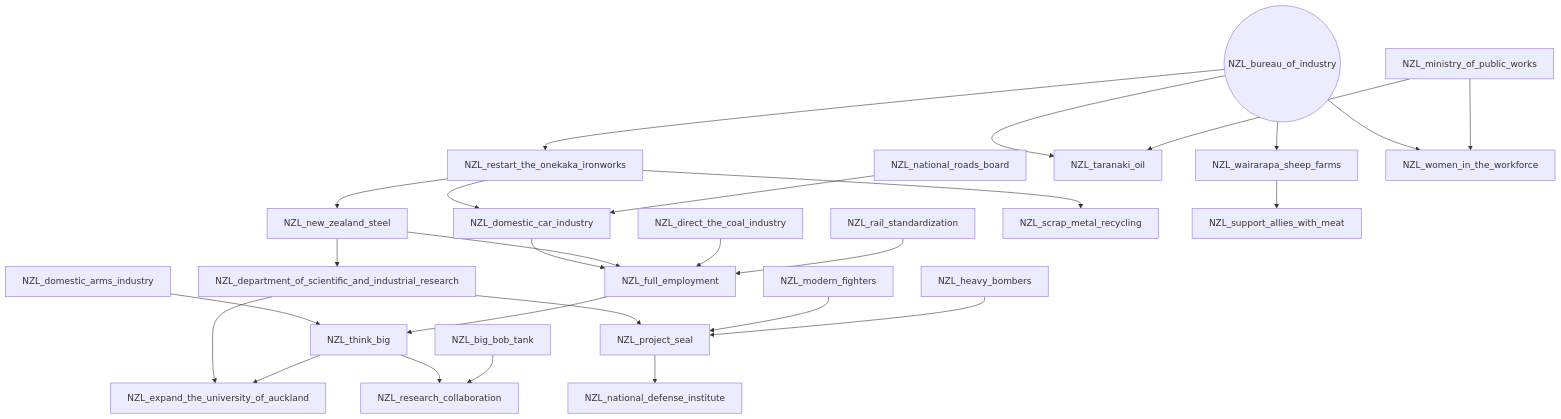
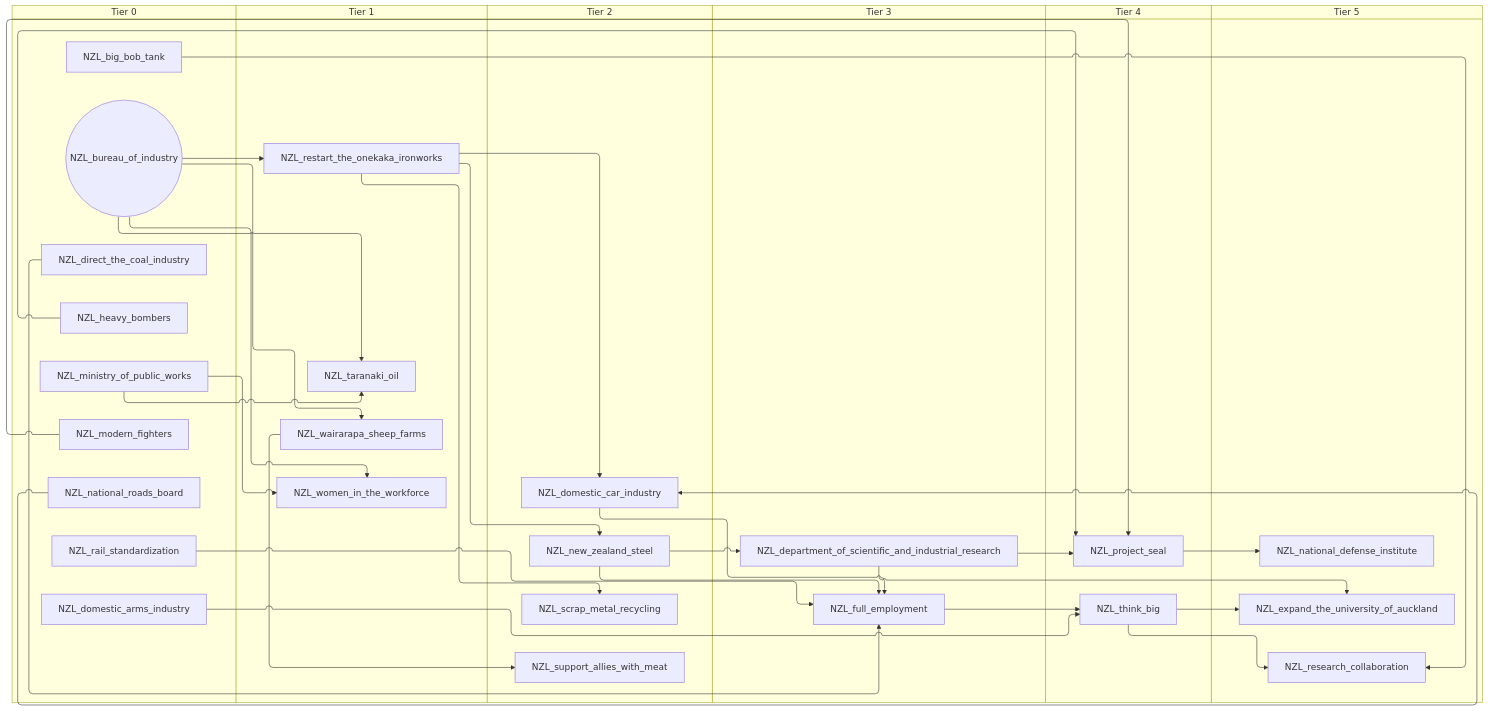
The second of 6 diagrams in docs/gdd/National Focuses/new_zealand.md (evgeny-sobol/hoi4-sandbox-mode), drawn with Mermaid before and after one commit. The commit also changed other lines of this file and 80 other files, not shown here.

First line of the commit message:
Add swimlane mode to focus graph exporter

````diff
--- a/docs/gdd/National Focuses/new_zealand.md
+++ b/docs/gdd/National Focuses/new_zealand.md
@@ -35,53 +47,65 @@
 ```mermaid
-flowchart TD
-    n3["NZL_big_bob_tank"]
-    n14(("NZL_bureau_of_industry"))
-    n6["NZL_department_of_scientific_and_industrial_research"]
-    n15["NZL_direct_the_coal_industry"]
-    n7["NZL_domestic_arms_industry"]
-    n16["NZL_domestic_car_industry"]
-    n8["NZL_expand_the_university_of_auckland"]
-    n9["NZL_full_employment"]
-    n17["NZL_heavy_bombers"]
-    n18["NZL_ministry_of_public_works"]
-    n19["NZL_modern_fighters"]
-    n20["NZL_national_defense_institute"]
-    n21["NZL_national_roads_board"]
-    n22["NZL_new_zealand_steel"]
-    n23["NZL_project_seal"]
-    n24["NZL_rail_standardization"]
-    n11["NZL_research_collaboration"]
-    n25["NZL_restart_the_onekaka_ironworks"]
-    n26["NZL_scrap_metal_recycling"]
-    n27["NZL_support_allies_with_meat"]
-    n28["NZL_taranaki_oil"]
-    n13["NZL_think_big"]
-    n29["NZL_wairarapa_sheep_farms"]
-    n30["NZL_women_in_the_workforce"]
-    n22 --> n6
-    n21 --> n16
-    n25 --> n16
-    n13 --> n8
-    n6 --> n8
-    n24 --> n9
-    n15 --> n9
-    n22 --> n9
-    n16 --> n9
-    n23 --> n20
-    n25 --> n22
-    n17 --> n23
-    n19 --> n23
-    n6 --> n23
-    n3 --> n11
-    n13 --> n11
-    n14 --> n25
-    n25 --> n26
-    n29 --> n27
-    n18 --> n28
-    n14 --> n28
-    n9 --> n13
-    n7 --> n13
-    n14 --> n29
-    n18 --> n30
-    n14 --> n30
+swimlane-beta TD
+    subgraph tier_0["Tier 0"]
+        n11["NZL_big_bob_tank"]
+        n14(("NZL_bureau_of_industry"))
+        n15["NZL_direct_the_coal_industry"]
+        n6["NZL_domestic_arms_industry"]
+        n16["NZL_heavy_bombers"]
+        n17["NZL_ministry_of_public_works"]
+        n18["NZL_modern_fighters"]
+        n19["NZL_national_roads_board"]
+        n20["NZL_rail_standardization"]
+    end
+    subgraph tier_1["Tier 1"]
+        n21["NZL_restart_the_onekaka_ironworks"]
+        n22["NZL_taranaki_oil"]
+        n23["NZL_wairarapa_sheep_farms"]
+        n24["NZL_women_in_the_workforce"]
+    end
+    subgraph tier_2["Tier 2"]
+        n25["NZL_domestic_car_industry"]
+        n26["NZL_new_zealand_steel"]
+        n27["NZL_scrap_metal_recycling"]
+        n28["NZL_support_allies_with_meat"]
+    end
+    subgraph tier_3["Tier 3"]
+        n2["NZL_department_of_scientific_and_industrial_research"]
+        n3["NZL_full_employment"]
+    end
+    subgraph tier_4["Tier 4"]
+        n29["NZL_project_seal"]
+        n10["NZL_think_big"]
+    end
+    subgraph tier_5["Tier 5"]
+        n12["NZL_expand_the_university_of_auckland"]
+        n30["NZL_national_defense_institute"]
+        n13["NZL_research_collaboration"]
+    end
+    n26 --> n2
+    n19 --> n25
+    n21 --> n25
+    n10 --> n12
+    n2 --> n12
+    n20 --> n3
+    n15 --> n3
+    n26 --> n3
+    n25 --> n3
+    n29 --> n30
+    n21 --> n26
+    n16 --> n29
+    n18 --> n29
+    n2 --> n29
+    n11 --> n13
+    n10 --> n13
+    n14 --> n21
+    n21 --> n27
+    n23 --> n28
+    n17 --> n22
+    n14 --> n22
+    n3 --> n10
+    n6 --> n10
+    n14 --> n23
+    n17 --> n24
+    n14 --> n24
 ```
````
